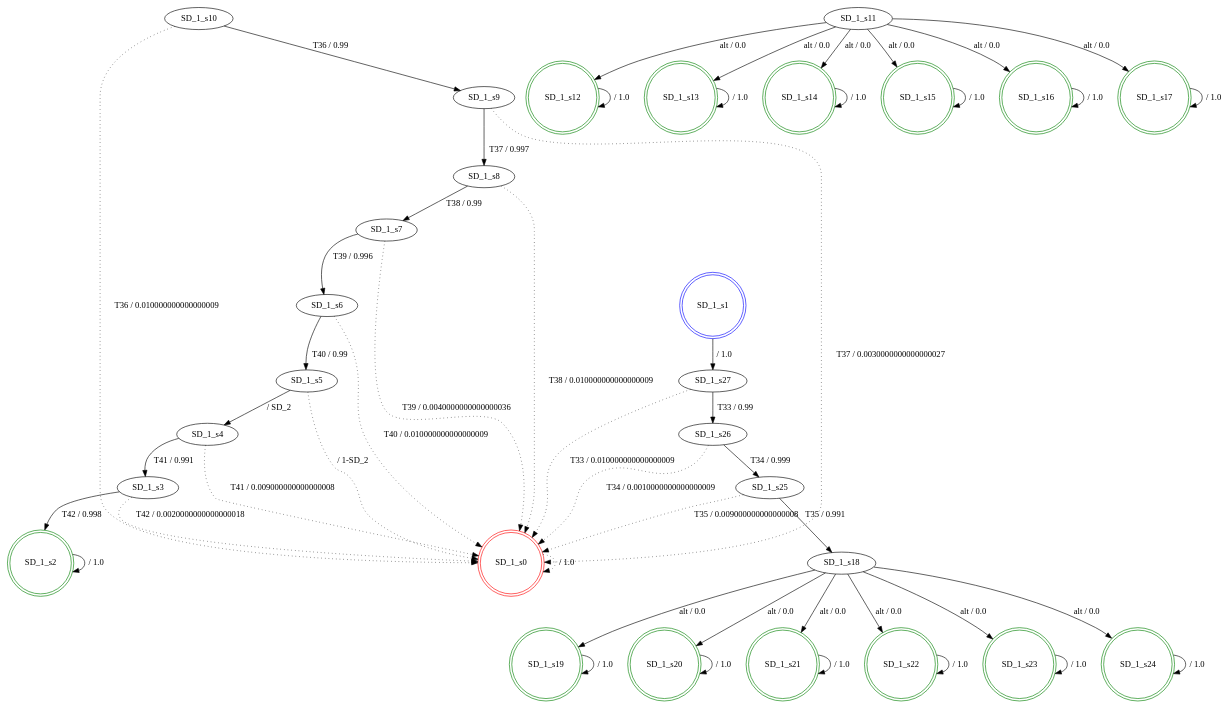
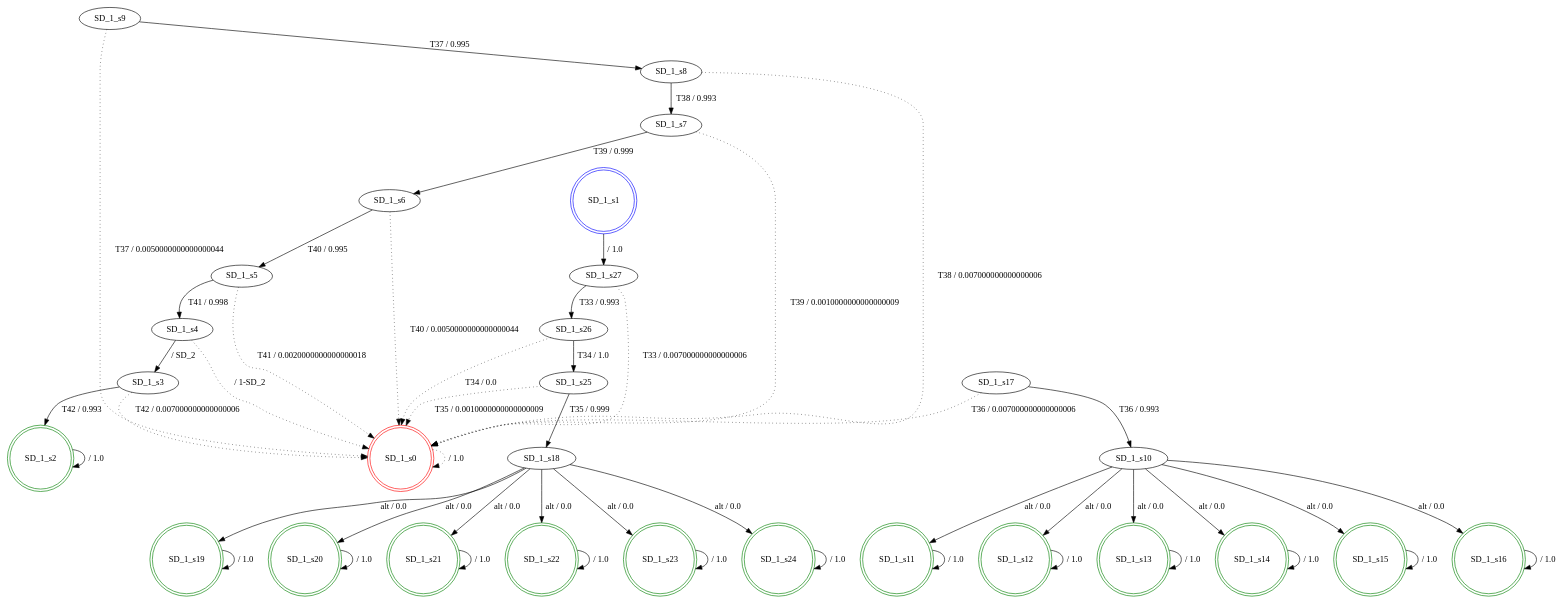
The diagram in src/results_joao/1/fdtmc_SD_1.dot (SPLMC/spl-generator), drawn with Graphviz before and after one commit. The commit also changed 20 other files, not shown here.

```diff
--- a/src/results_joao/1/fdtmc_SD_1.dot
+++ b/src/results_joao/1/fdtmc_SD_1.dot
@@ -1,79 +1,79 @@
 digraph graphname {
 SD_1_s0 [label="SD_1_s0",color=red,shape=doublecircle ];
 SD_1_s1 [label="SD_1_s1",color=blue,shape=doublecircle ];
 SD_1_s2 [label="SD_1_s2",color=green,shape=doublecircle ];
 SD_1_s3 [label="SD_1_s3" ];
 SD_1_s4 [label="SD_1_s4" ];
 SD_1_s5 [label="SD_1_s5" ];
 SD_1_s6 [label="SD_1_s6" ];
 SD_1_s7 [label="SD_1_s7" ];
 SD_1_s8 [label="SD_1_s8" ];
 SD_1_s9 [label="SD_1_s9" ];
 SD_1_s10 [label="SD_1_s10" ];
-SD_1_s11 [label="SD_1_s11" ];
+SD_1_s11 [label="SD_1_s11",color=green,shape=doublecircle ];
 SD_1_s12 [label="SD_1_s12",color=green,shape=doublecircle ];
 SD_1_s13 [label="SD_1_s13",color=green,shape=doublecircle ];
 SD_1_s14 [label="SD_1_s14",color=green,shape=doublecircle ];
 SD_1_s15 [label="SD_1_s15",color=green,shape=doublecircle ];
 SD_1_s16 [label="SD_1_s16",color=green,shape=doublecircle ];
-SD_1_s17 [label="SD_1_s17",color=green,shape=doublecircle ];
+SD_1_s17 [label="SD_1_s17" ];
 SD_1_s18 [label="SD_1_s18" ];
 SD_1_s19 [label="SD_1_s19",color=green,shape=doublecircle ];
 SD_1_s20 [label="SD_1_s20",color=green,shape=doublecircle ];
 SD_1_s21 [label="SD_1_s21",color=green,shape=doublecircle ];
 SD_1_s22 [label="SD_1_s22",color=green,shape=doublecircle ];
 SD_1_s23 [label="SD_1_s23",color=green,shape=doublecircle ];
 SD_1_s24 [label="SD_1_s24",color=green,shape=doublecircle ];
 SD_1_s25 [label="SD_1_s25" ];
 SD_1_s26 [label="SD_1_s26" ];
 SD_1_s27 [label="SD_1_s27" ];
 SD_1_s0 -> SD_1_s0 [label=" / 1.0", style=dotted];
 SD_1_s1 -> SD_1_s27 [label=" / 1.0"];
 SD_1_s2 -> SD_1_s2 [label=" / 1.0"];
-SD_1_s3 -> SD_1_s2 [label="T42 / 0.998"];
-SD_1_s3 -> SD_1_s0 [label="T42 / 0.0020000000000000018", style=dotted];
-SD_1_s4 -> SD_1_s3 [label="T41 / 0.991"];
-SD_1_s4 -> SD_1_s0 [label="T41 / 0.009000000000000008", style=dotted];
-SD_1_s5 -> SD_1_s4 [label=" / SD_2"];
-SD_1_s5 -> SD_1_s0 [label=" / 1-SD_2", style=dotted];
-SD_1_s6 -> SD_1_s5 [label="T40 / 0.99"];
-SD_1_s6 -> SD_1_s0 [label="T40 / 0.010000000000000009", style=dotted];
-SD_1_s7 -> SD_1_s6 [label="T39 / 0.996"];
-SD_1_s7 -> SD_1_s0 [label="T39 / 0.0040000000000000036", style=dotted];
-SD_1_s8 -> SD_1_s7 [label="T38 / 0.99"];
-SD_1_s8 -> SD_1_s0 [label="T38 / 0.010000000000000009", style=dotted];
-SD_1_s9 -> SD_1_s8 [label="T37 / 0.997"];
-SD_1_s9 -> SD_1_s0 [label="T37 / 0.0030000000000000027", style=dotted];
-SD_1_s10 -> SD_1_s9 [label="T36 / 0.99"];
-SD_1_s10 -> SD_1_s0 [label="T36 / 0.010000000000000009", style=dotted];
-SD_1_s11 -> SD_1_s12 [label="alt / 0.0"];
-SD_1_s11 -> SD_1_s13 [label="alt / 0.0"];
-SD_1_s11 -> SD_1_s14 [label="alt / 0.0"];
-SD_1_s11 -> SD_1_s15 [label="alt / 0.0"];
-SD_1_s11 -> SD_1_s16 [label="alt / 0.0"];
-SD_1_s11 -> SD_1_s17 [label="alt / 0.0"];
+SD_1_s3 -> SD_1_s2 [label="T42 / 0.993"];
+SD_1_s3 -> SD_1_s0 [label="T42 / 0.007000000000000006", style=dotted];
+SD_1_s4 -> SD_1_s3 [label=" / SD_2"];
+SD_1_s4 -> SD_1_s0 [label=" / 1-SD_2", style=dotted];
+SD_1_s5 -> SD_1_s4 [label="T41 / 0.998"];
+SD_1_s5 -> SD_1_s0 [label="T41 / 0.0020000000000000018", style=dotted];
+SD_1_s6 -> SD_1_s5 [label="T40 / 0.995"];
+SD_1_s6 -> SD_1_s0 [label="T40 / 0.0050000000000000044", style=dotted];
+SD_1_s7 -> SD_1_s6 [label="T39 / 0.999"];
+SD_1_s7 -> SD_1_s0 [label="T39 / 0.0010000000000000009", style=dotted];
+SD_1_s8 -> SD_1_s7 [label="T38 / 0.993"];
+SD_1_s8 -> SD_1_s0 [label="T38 / 0.007000000000000006", style=dotted];
+SD_1_s9 -> SD_1_s8 [label="T37 / 0.995"];
+SD_1_s9 -> SD_1_s0 [label="T37 / 0.0050000000000000044", style=dotted];
+SD_1_s10 -> SD_1_s11 [label="alt / 0.0"];
+SD_1_s10 -> SD_1_s12 [label="alt / 0.0"];
+SD_1_s10 -> SD_1_s13 [label="alt / 0.0"];
+SD_1_s10 -> SD_1_s14 [label="alt / 0.0"];
+SD_1_s10 -> SD_1_s15 [label="alt / 0.0"];
+SD_1_s10 -> SD_1_s16 [label="alt / 0.0"];
+SD_1_s11 -> SD_1_s11 [label=" / 1.0"];
 SD_1_s12 -> SD_1_s12 [label=" / 1.0"];
 SD_1_s13 -> SD_1_s13 [label=" / 1.0"];
 SD_1_s14 -> SD_1_s14 [label=" / 1.0"];
 SD_1_s15 -> SD_1_s15 [label=" / 1.0"];
 SD_1_s16 -> SD_1_s16 [label=" / 1.0"];
-SD_1_s17 -> SD_1_s17 [label=" / 1.0"];
+SD_1_s17 -> SD_1_s10 [label="T36 / 0.993"];
+SD_1_s17 -> SD_1_s0 [label="T36 / 0.007000000000000006", style=dotted];
 SD_1_s18 -> SD_1_s19 [label="alt / 0.0"];
 SD_1_s18 -> SD_1_s20 [label="alt / 0.0"];
 SD_1_s18 -> SD_1_s21 [label="alt / 0.0"];
 SD_1_s18 -> SD_1_s22 [label="alt / 0.0"];
 SD_1_s18 -> SD_1_s23 [label="alt / 0.0"];
 SD_1_s18 -> SD_1_s24 [label="alt / 0.0"];
 SD_1_s19 -> SD_1_s19 [label=" / 1.0"];
 SD_1_s20 -> SD_1_s20 [label=" / 1.0"];
 SD_1_s21 -> SD_1_s21 [label=" / 1.0"];
 SD_1_s22 -> SD_1_s22 [label=" / 1.0"];
 SD_1_s23 -> SD_1_s23 [label=" / 1.0"];
 SD_1_s24 -> SD_1_s24 [label=" / 1.0"];
-SD_1_s25 -> SD_1_s18 [label="T35 / 0.991"];
-SD_1_s25 -> SD_1_s0 [label="T35 / 0.009000000000000008", style=dotted];
-SD_1_s26 -> SD_1_s25 [label="T34 / 0.999"];
-SD_1_s26 -> SD_1_s0 [label="T34 / 0.0010000000000000009", style=dotted];
-SD_1_s27 -> SD_1_s26 [label="T33 / 0.99"];
-SD_1_s27 -> SD_1_s0 [label="T33 / 0.010000000000000009", style=dotted];
+SD_1_s25 -> SD_1_s18 [label="T35 / 0.999"];
+SD_1_s25 -> SD_1_s0 [label="T35 / 0.0010000000000000009", style=dotted];
+SD_1_s26 -> SD_1_s25 [label="T34 / 1.0"];
+SD_1_s26 -> SD_1_s0 [label="T34 / 0.0", style=dotted];
+SD_1_s27 -> SD_1_s26 [label="T33 / 0.993"];
+SD_1_s27 -> SD_1_s0 [label="T33 / 0.007000000000000006", style=dotted];
 }
```
